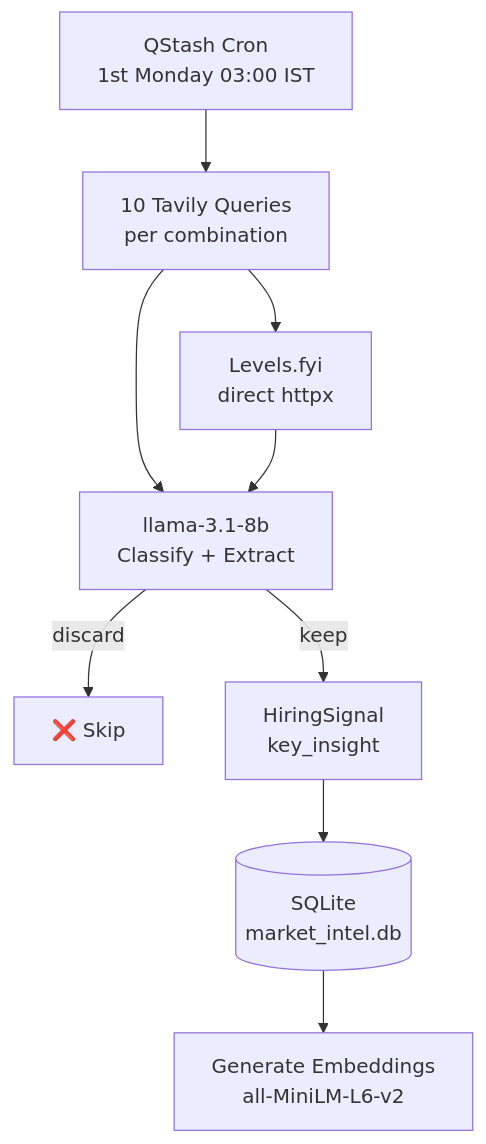
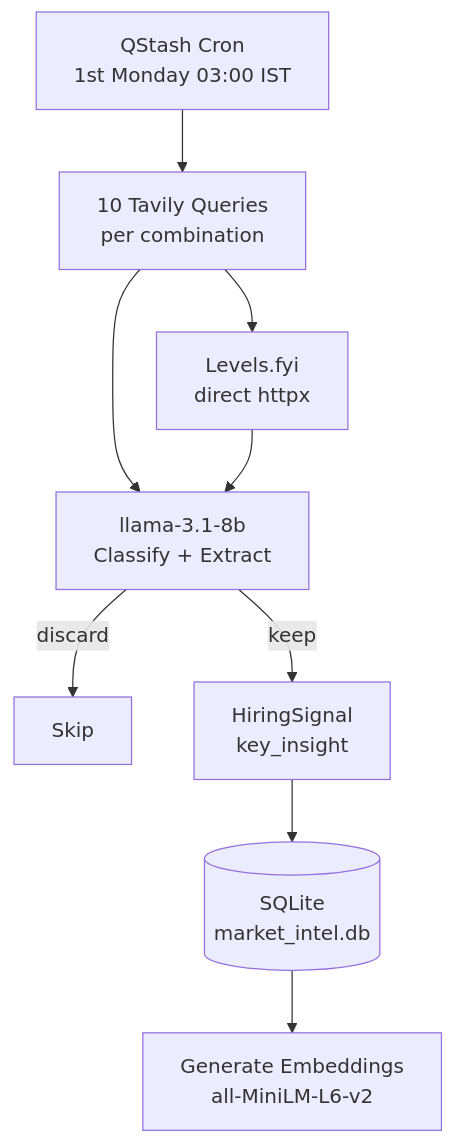
One commit to Sarv2024aimlco/roast changed the third of 4 diagrams in README.md. Above: the diagram before and after it, drawn with Mermaid. The commit also changed other lines of this file and 3 other files, not shown here.

````diff
--- a/README.md
+++ b/README.md
@@ -94,10 +94,10 @@
 ```mermaid
 flowchart TD
     A[QStash Cron\n1st Monday 03:00 IST] --> B[10 Tavily Queries\nper combination]
     B --> C[Levels.fyi\ndirect httpx]
     B & C --> D[llama-3.1-8b\nClassify + Extract]
-    D -->|discard| X[❌ Skip]
+    D -->|discard| X[Skip]
     D -->|keep| E[HiringSignal\nkey_insight]
     E --> F[(SQLite\nmarket_intel.db)]
     F --> G[Generate Embeddings\nall-MiniLM-L6-v2]
 ```
````
